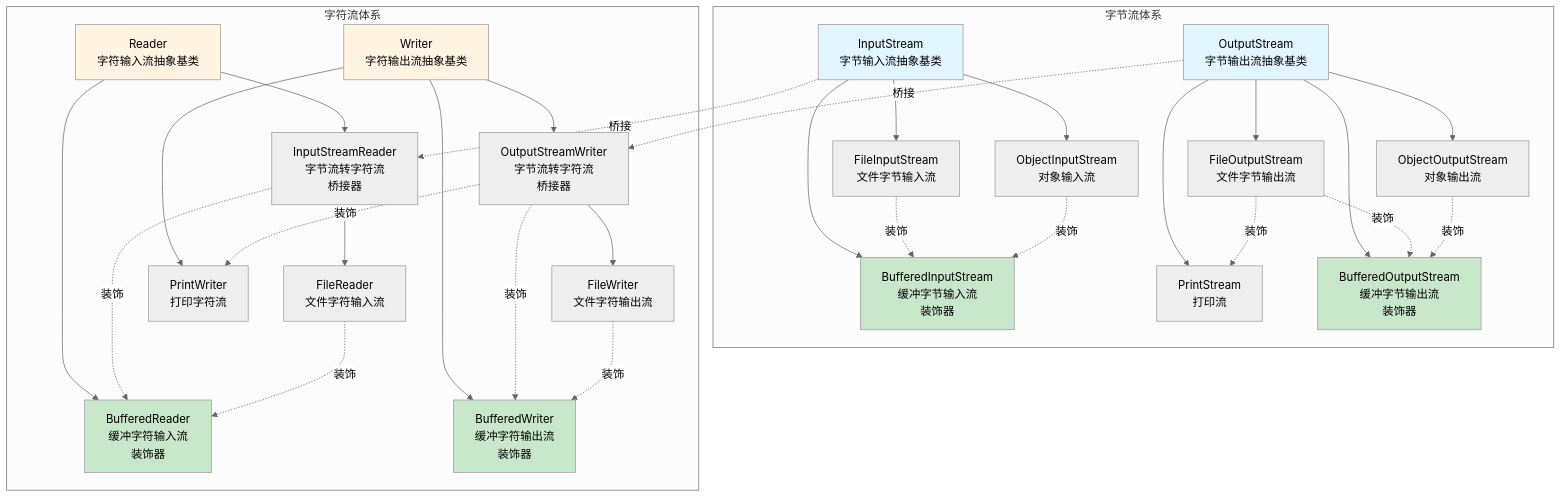
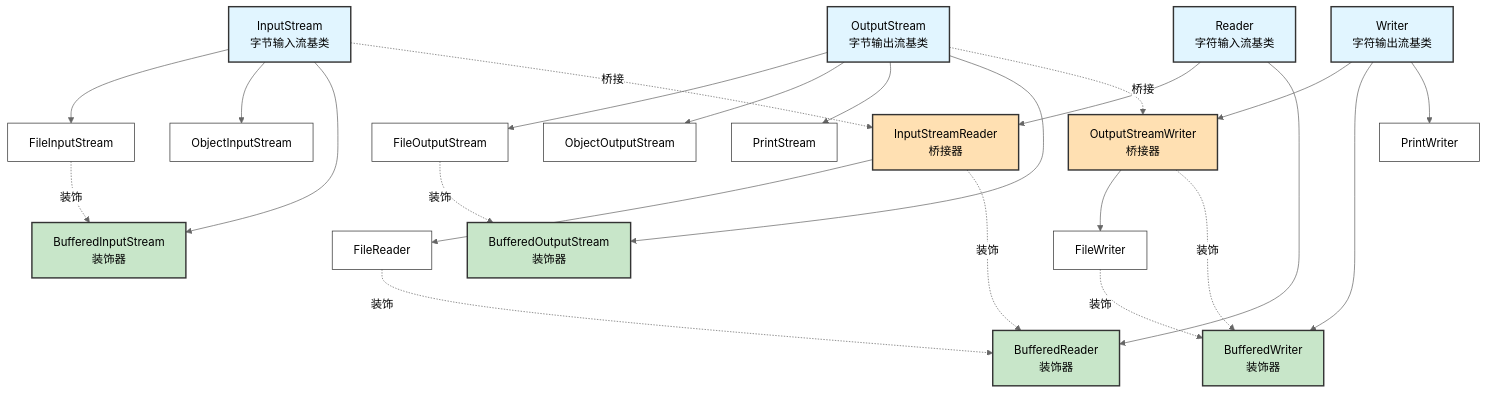
The diagram in Java面试题/Java IO流继承体系.md (horizon-dawn/dev), drawn with Mermaid (neutral theme) before and after one commit. The commit also changed other lines of this file, not shown here.

````diff
--- a/Java面试题/Java IO流继承体系.md
+++ b/Java面试题/Java IO流继承体系.md
@@ -5,85 +7,66 @@
 ```mermaid
 graph TB
-    %% 字节流体系
-    subgraph 字节流体系
-        InputStream[InputStream<br/>字节输入流抽象基类]
-        OutputStream[OutputStream<br/>字节输出流抽象基类]
-        
-        %% InputStream 的实现类
-        FileInputStream[FileInputStream<br/>文件字节输入流]
-        ObjectInputStream[ObjectInputStream<br/>对象输入流]
-        BufferedInputStream[BufferedInputStream<br/>缓冲字节输入流<br/>装饰器]
-        
-        %% OutputStream 的实现类
-        FileOutputStream[FileOutputStream<br/>文件字节输出流]
-        ObjectOutputStream[ObjectOutputStream<br/>对象输出流]
-        PrintStream[PrintStream<br/>打印流]
-        BufferedOutputStream[BufferedOutputStream<br/>缓冲字节输出流<br/>装饰器]
-        
-        %% 继承关系
-        InputStream --> FileInputStream
-        InputStream --> ObjectInputStream
-        InputStream --> BufferedInputStream
-        
-        OutputStream --> FileOutputStream
-        OutputStream --> ObjectOutputStream
-        OutputStream --> PrintStream
-        OutputStream --> BufferedOutputStream
-        
-        %% 装饰关系
-        FileInputStream -.装饰.-> BufferedInputStream
-        ObjectInputStream -.装饰.-> BufferedInputStream
-        
-        FileOutputStream -.装饰.-> BufferedOutputStream
-        ObjectOutputStream -.装饰.-> BufferedOutputStream
-        FileOutputStream -.装饰.-> PrintStream
-    end
+    %% 定义样式
+    classDef abstract fill:#e1f5ff,stroke:#333,stroke-width:2px
+    classDef node fill:#fff,stroke:#333,stroke-width:1px
+    classDef decorator fill:#c8e6c9,stroke:#333,stroke-width:2px
+    classDef bridge fill:#ffe0b2,stroke:#333,stroke-width:2px
+
+    %% 字节流
+    InputStream[InputStream<br/>字节输入流基类]:::abstract
+    OutputStream[OutputStream<br/>字节输出流基类]:::abstract
     
-    %% 字符流体系
-    subgraph 字符流体系
-        Reader[Reader<br/>字符输入流抽象基类]
-        Writer[Writer<br/>字符输出流抽象基类]
-        
-        %% Reader 的实现类
-        InputStreamReader[InputStreamReader<br/>字节流转字符流<br/>桥接器]
-        FileReader[FileReader<br/>文件字符输入流]
-        BufferedReader[BufferedReader<br/>缓冲字符输入流<br/>装饰器]
-        
-        %% Writer 的实现类
-        OutputStreamWriter[OutputStreamWriter<br/>字节流转字符流<br/>桥接器]
-        FileWriter[FileWriter<br/>文件字符输出流]
-        BufferedWriter[BufferedWriter<br/>缓冲字符输出流<br/>装饰器]
-        PrintWriter[PrintWriter<br/>打印字符流]
-        
-        %% 继承关系
-        Reader --> InputStreamReader
-        Reader --> BufferedReader
-        InputStreamReader --> FileReader
-        
-        Writer --> OutputStreamWriter
-        Writer --> BufferedWriter
-        Writer --> PrintWriter
-        OutputStreamWriter --> FileWriter
-        
-        %% 装饰关系
-        InputStreamReader -.装饰.-> BufferedReader
-        FileReader -.装饰.-> BufferedReader
-        
-        OutputStreamWriter -.装饰.-> BufferedWriter
-        FileWriter -.装饰.-> BufferedWriter
-        OutputStreamWriter -.装饰.-> PrintWriter
-    end
+    FileInputStream[FileInputStream]:::node
+    ObjectInputStream[ObjectInputStream]:::node
+    BufferedInputStream[BufferedInputStream<br/>装饰器]:::decorator
     
-    %% 字节流与字符流的桥接
+    FileOutputStream[FileOutputStream]:::node
+    ObjectOutputStream[ObjectOutputStream]:::node
+    PrintStream[PrintStream]:::node
+    BufferedOutputStream[BufferedOutputStream<br/>装饰器]:::decorator
+    
+    %% 字符流
+    Reader[Reader<br/>字符输入流基类]:::abstract
+    Writer[Writer<br/>字符输出流基类]:::abstract
+    
+    InputStreamReader[InputStreamReader<br/>桥接器]:::bridge
+    FileReader[FileReader]:::node
+    BufferedReader[BufferedReader<br/>装饰器]:::decorator
+    
+    OutputStreamWriter[OutputStreamWriter<br/>桥接器]:::bridge
+    FileWriter[FileWriter]:::node
+    BufferedWriter[BufferedWriter<br/>装饰器]:::decorator
+    PrintWriter[PrintWriter]:::node
+    
+    %% 继承关系
+    InputStream --> FileInputStream
+    InputStream --> ObjectInputStream
+    InputStream --> BufferedInputStream
+    
+    OutputStream --> FileOutputStream
+    OutputStream --> ObjectOutputStream
+    OutputStream --> PrintStream
+    OutputStream --> BufferedOutputStream
+    
+    Reader --> InputStreamReader
+    Reader --> BufferedReader
+    InputStreamReader --> FileReader
+    
+    Writer --> OutputStreamWriter
+    Writer --> BufferedWriter
+    Writer --> PrintWriter
+    OutputStreamWriter --> FileWriter
+    
+    %% 装饰关系（虚线）
+    FileInputStream -.装饰.-> BufferedInputStream
+    FileOutputStream -.装饰.-> BufferedOutputStream
+    
+    InputStreamReader -.装饰.-> BufferedReader
+    FileReader -.装饰.-> BufferedReader
+    OutputStreamWriter -.装饰.-> BufferedWriter
+    FileWriter -.装饰.-> BufferedWriter
+    
+    %% 桥接关系
     InputStream -.桥接.-> InputStreamReader
     OutputStream -.桥接.-> OutputStreamWriter
-    
-    style InputStream fill:#e1f5ff
-    style OutputStream fill:#e1f5ff
-    style Reader fill:#fff4e1
-    style Writer fill:#fff4e1
-    style BufferedInputStream fill:#c8e6c9
-    style BufferedOutputStream fill:#c8e6c9
-    style BufferedReader fill:#c8e6c9
-    style BufferedWriter fill:#c8e6c9
 ```
````
